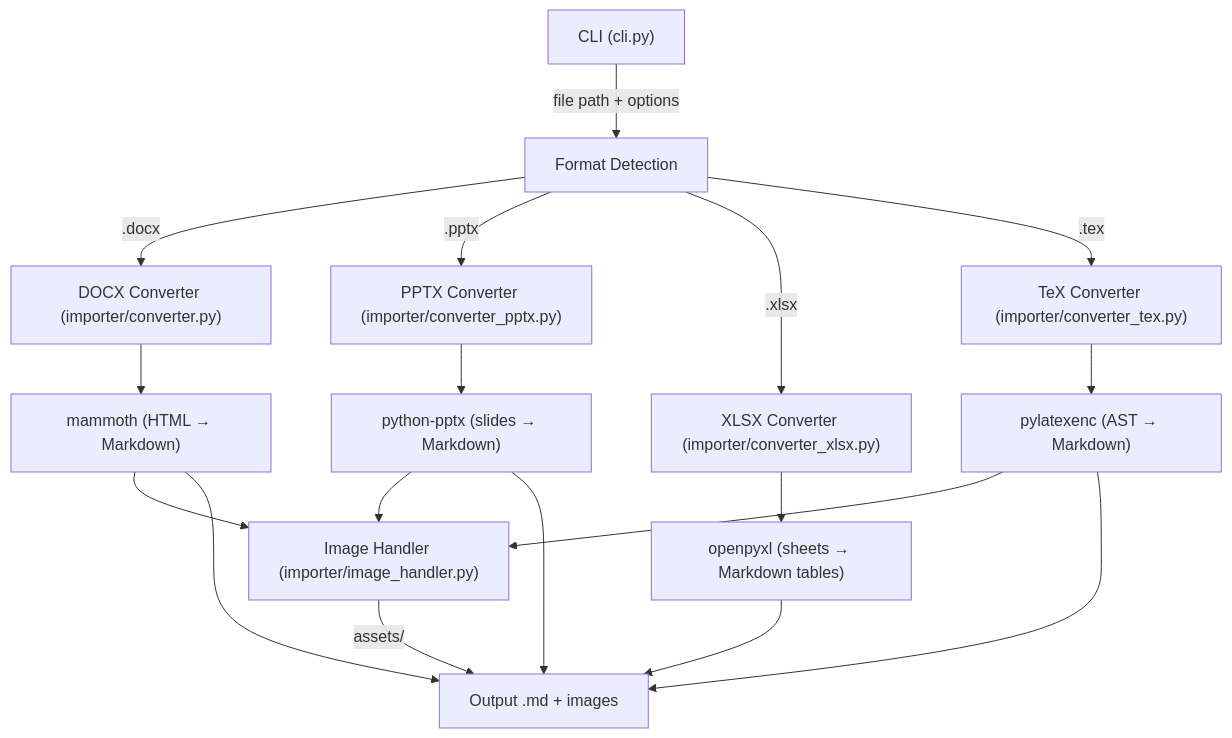
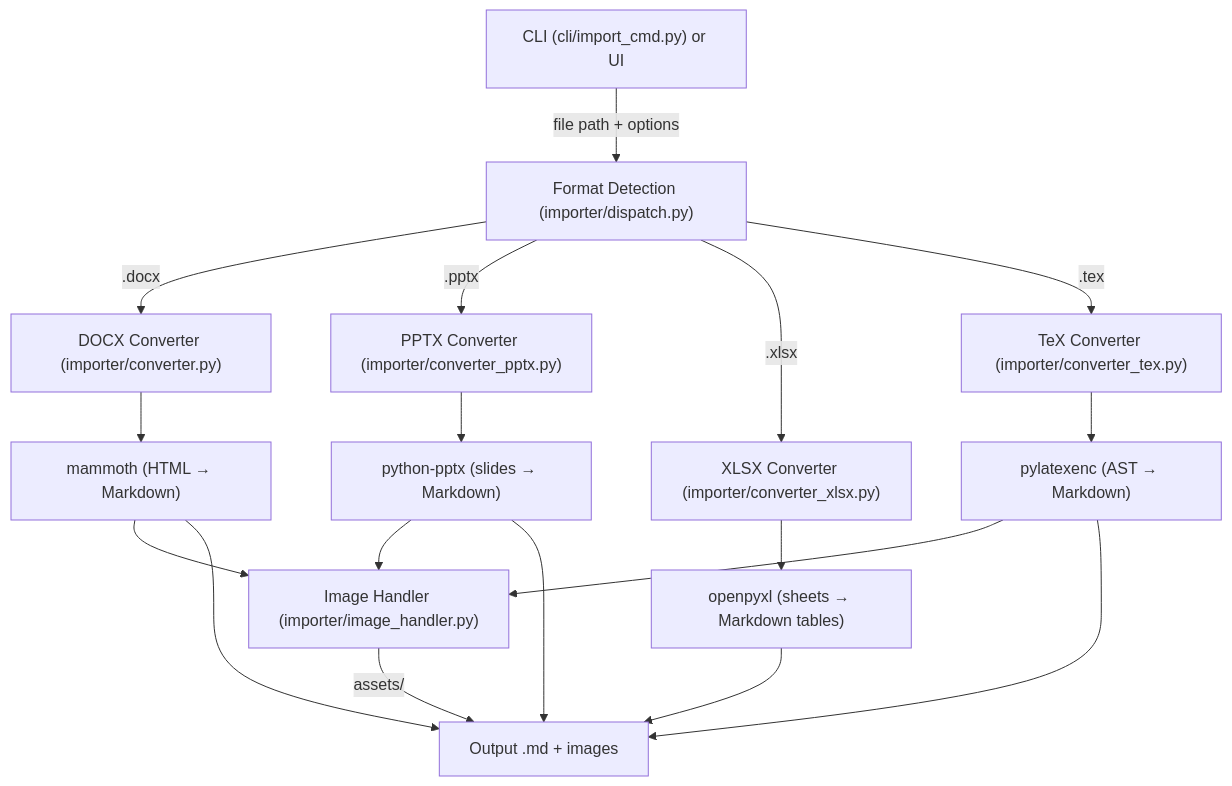
One commit to hutchins/leafpress changed the second of 2 diagrams in docs/docs/architecture.md. Above: the diagram before and after it, drawn with Mermaid. The commit also changed other lines of this file and 13 other files, not shown here.

````diff
--- a/docs/docs/architecture.md
+++ b/docs/docs/architecture.md
@@ -158,20 +197,20 @@
 ```mermaid
 flowchart TD
-    CLI["CLI (cli.py)"] --> |"file path + options"| DET["Format Detection"]
+    CLI["CLI (cli/import_cmd.py) or UI"] --> |"file path + options"| DET["Format Detection (importer/dispatch.py)"]
     DET --> |".docx"| DOCXI["DOCX Converter (importer/converter.py)"]
     DET --> |".pptx"| PPTXI["PPTX Converter (importer/converter_pptx.py)"]
     DET --> |".xlsx"| XLSXI["XLSX Converter (importer/converter_xlsx.py)"]
     DET --> |".tex"| TEXI["TeX Converter (importer/converter_tex.py)"]
     DOCXI --> MAM["mammoth (HTML → Markdown)"]
     PPTXI --> PPT["python-pptx (slides → Markdown)"]
     XLSXI --> OPX["openpyxl (sheets → Markdown tables)"]
     TEXI --> PLE["pylatexenc (AST → Markdown)"]
     MAM --> IMG["Image Handler (importer/image_handler.py)"]
     PPT --> IMG
     PLE --> IMG
     IMG --> |"assets/"| OUT["Output .md + images"]
     MAM --> OUT
     PPT --> OUT
     OPX --> OUT
     PLE --> OUT
 ```
````
